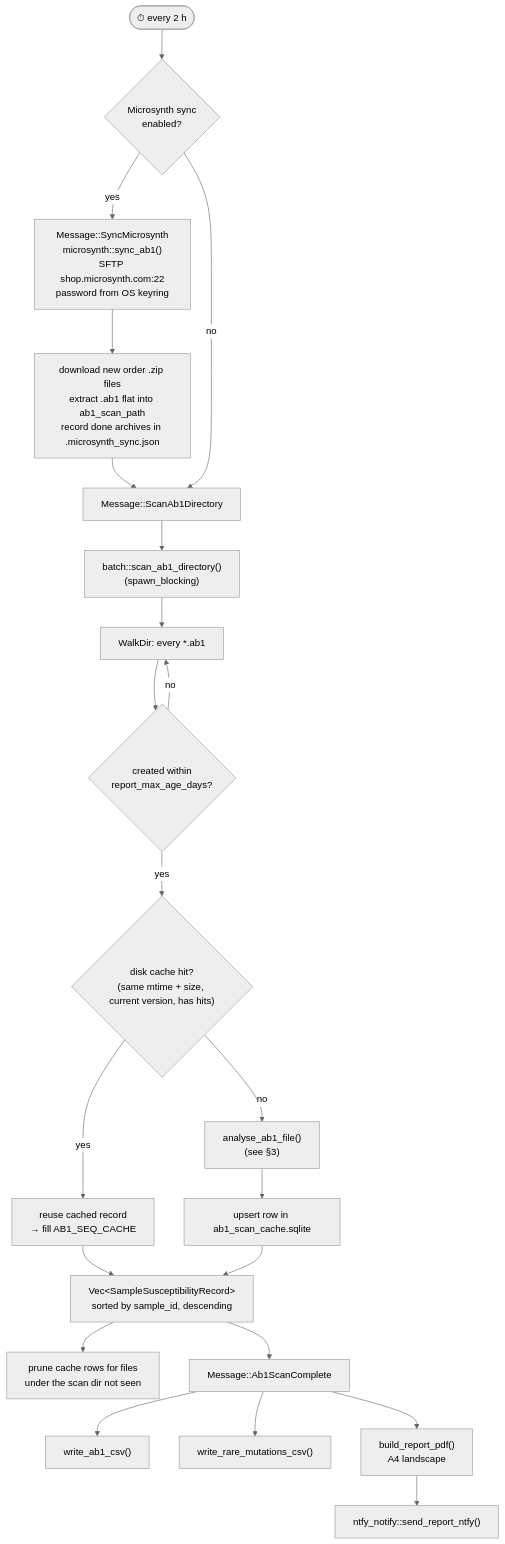
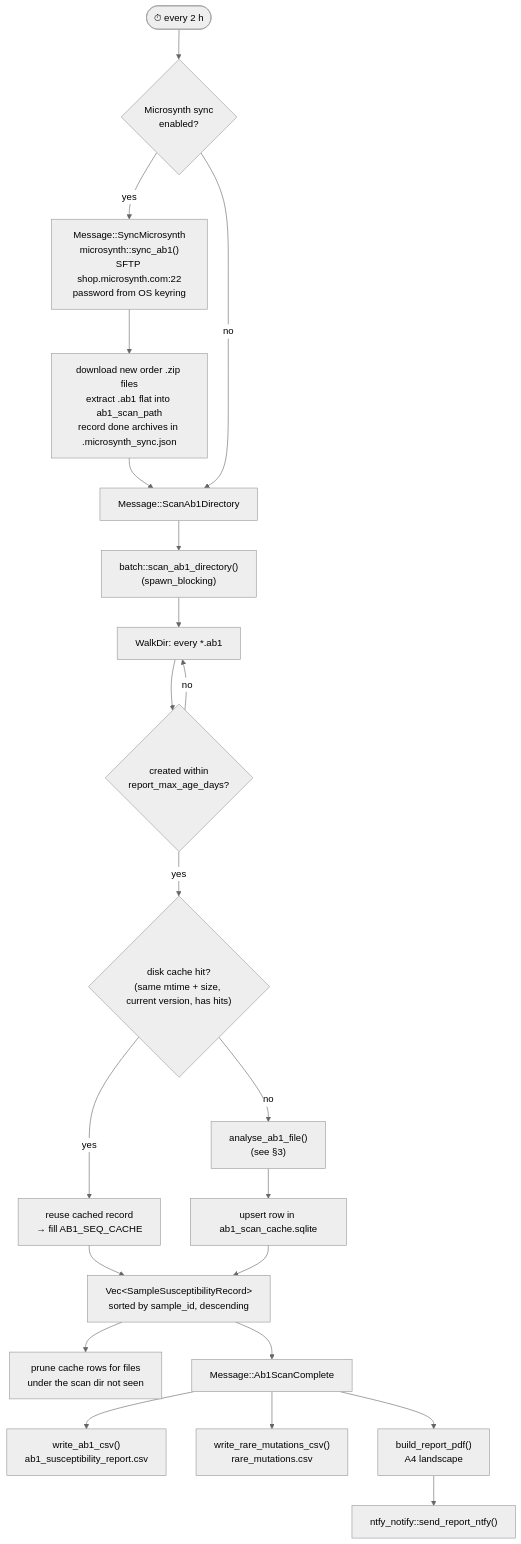
One commit to michaelmeuli/cosmic-files changed the second of 6 diagrams in src/sequencing/README.md. Above: the diagram before and after it, drawn with Mermaid (neutral theme). The commit also changed other lines of this file and 7 other files, not shown here.

````diff
--- a/src/sequencing/README.md
+++ b/src/sequencing/README.md
@@ -71,26 +71,26 @@
 ```mermaid
 flowchart TD
     T(["⏱ every 2 h"]) --> Q{Microsynth sync<br/>enabled?}
     Q -- yes --> S["Message::SyncMicrosynth<br/>microsynth::sync_ab1()<br/>SFTP shop.microsynth.com:22<br/>password from OS keyring"]
     S --> Z["download new order .zip files<br/>extract .ab1 flat into ab1_scan_path<br/>record done archives in .microsynth_sync.json"]
     Z --> SC
     Q -- no --> SC["Message::ScanAb1Directory"]
 
     SC --> W["batch::scan_ab1_directory()<br/>(spawn_blocking)"]
     W --> L["WalkDir: every *.ab1"]
     L --> AGE{"created within<br/>report_max_age_days?"}
     AGE -- no --> L
     AGE -- yes --> C{"disk cache hit?<br/>(same mtime + size, current version, has hits)"}
     C -- yes --> R1["reuse cached record<br/>→ fill AB1_SEQ_CACHE"]
     C -- no --> A["analyse_ab1_file()<br/>(see §3)"]
     A --> DC["upsert row in ab1_scan_cache.sqlite"]
     R1 --> REC
     DC --> REC["Vec&lt;SampleSusceptibilityRecord&gt;<br/>sorted by sample_id, descending"]
     REC --> PR["prune cache rows for files<br/>under the scan dir not seen"]
 
     REC --> DONE["Message::Ab1ScanComplete"]
-    DONE --> CSV["write_ab1_csv()"]
-    DONE --> RARE["write_rare_mutations_csv()"]
+    DONE --> CSV["write_ab1_csv()<br/>ab1_susceptibility_report.csv"]
+    DONE --> RARE["write_rare_mutations_csv()<br/>rare_mutations.csv"]
     DONE --> PDF["build_report_pdf()<br/>A4 landscape"]
     PDF --> N["ntfy_notify::send_report_ntfy()"]
 ```
````
